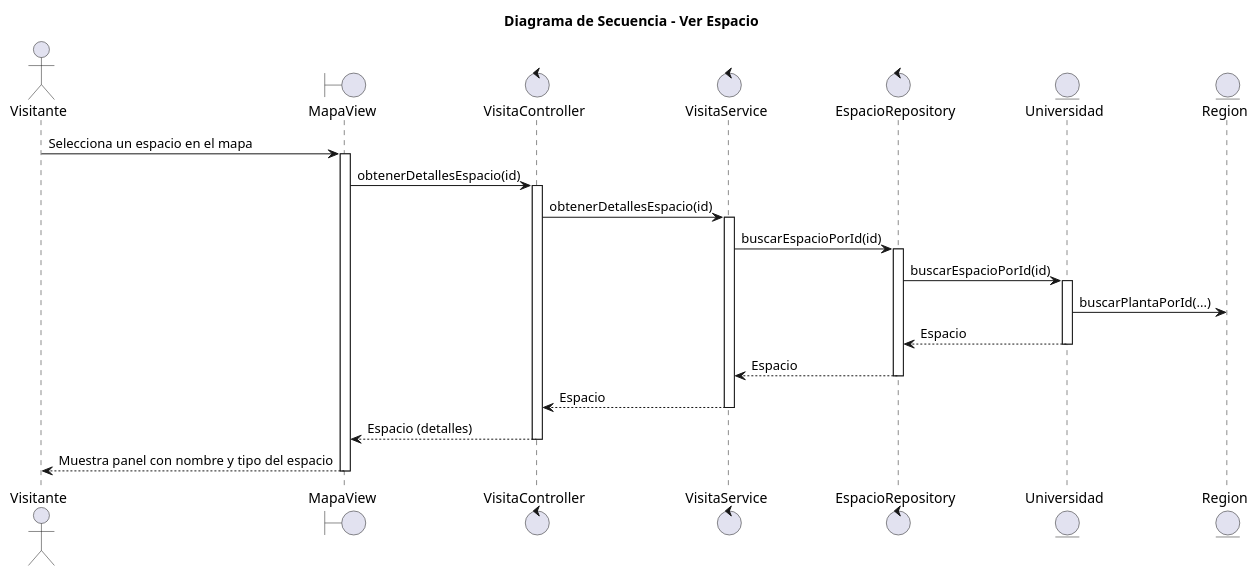
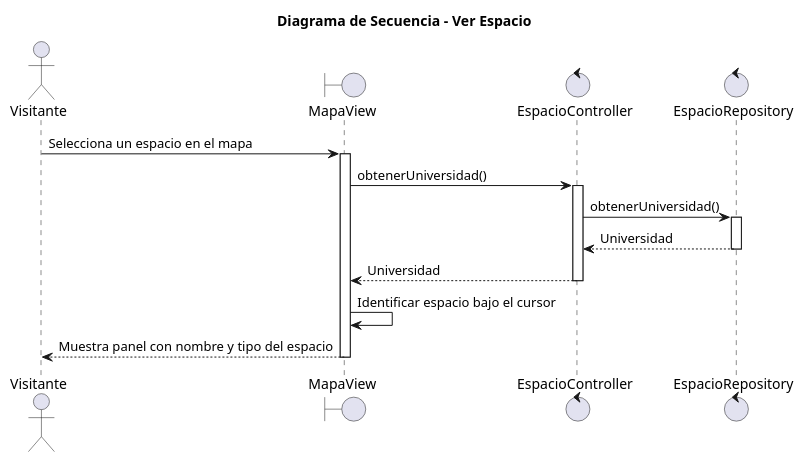
One commit to mmasias/25-26-idsw2-sdVC changed the diagram in modelosUML/02-diseño/01-Visitante/verEspacio/secuencia.puml. Above: the diagram before and after it, drawn with PlantUML. The commit also changed 16 other files, not shown here.

```diff
--- a/modelosUML/02-diseño/01-Visitante/verEspacio/secuencia.puml
+++ b/modelosUML/02-diseño/01-Visitante/verEspacio/secuencia.puml
@@ -1,34 +1,23 @@
 @startuml
 title "Diagrama de Secuencia - Ver Espacio"
 
 actor "Visitante" as visitor
 boundary "MapaView" as view
-control "VisitaController" as controller
-control "VisitaService" as service
+control "EspacioController" as controller
 control "EspacioRepository" as repository
-entity "Universidad" as uni
-entity "Region" as reg
 
 visitor -> view: Selecciona un espacio en el mapa
 activate view
-view -> controller: obtenerDetallesEspacio(id)
+view -> controller: obtenerUniversidad()
 activate controller
-controller -> service: obtenerDetallesEspacio(id)
-activate service
-service -> repository: buscarEspacioPorId(id)
+controller -> repository: obtenerUniversidad()
 activate repository
-repository -> uni: buscarEspacioPorId(id)
-activate uni
-uni -> reg: buscarPlantaPorId(...)
-uni --> repository: Espacio
-deactivate uni
-repository --> service: Espacio
+repository --> controller: Universidad
 deactivate repository
-service --> controller: Espacio
-deactivate service
-controller --> view: Espacio (detalles)
+controller --> view: Universidad
 deactivate controller
+view -> view: Identificar espacio bajo el cursor
 view --> visitor: Muestra panel con nombre y tipo del espacio
 deactivate view
 
 @enduml
```
